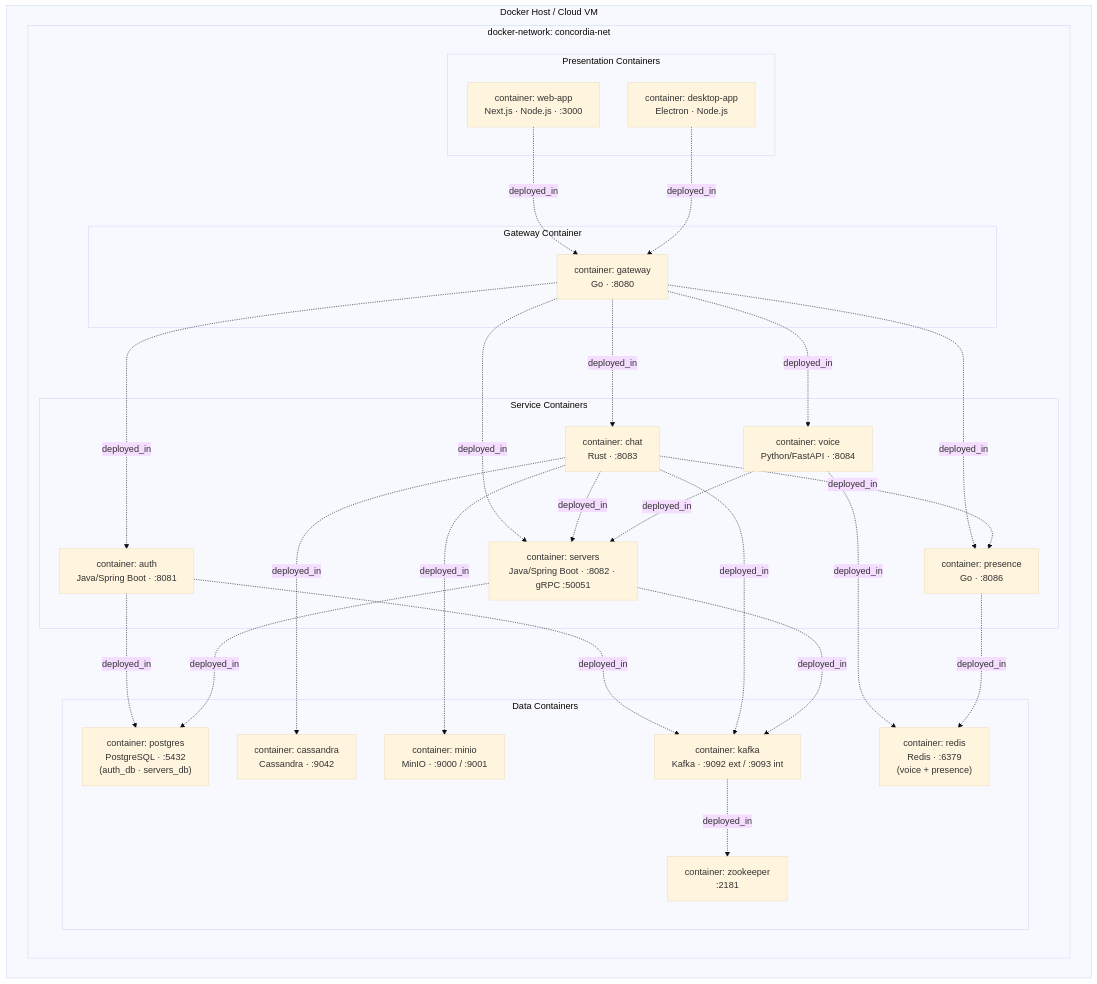
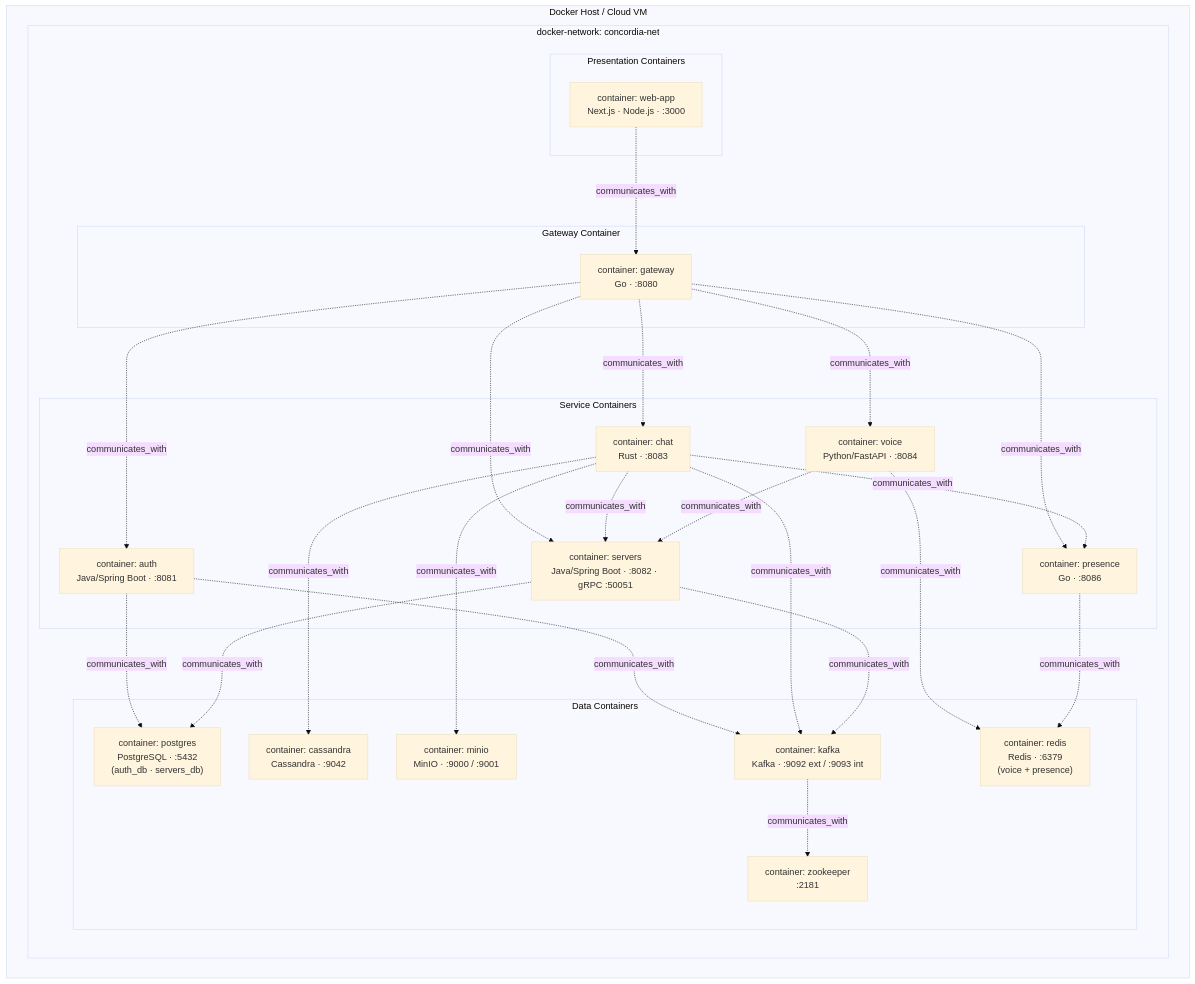
One commit to bashcas/concordia-chat-app changed the diagram in docs/diagrams/deployment.mermaid. Above: the diagram before and after it, drawn with Mermaid (base theme). The commit also changed 2 other files, not shown here.

```diff
--- a/docs/diagrams/deployment.mermaid
+++ b/docs/diagrams/deployment.mermaid
@@ -1,52 +1,50 @@
 graph TD
 subgraph HOST["Docker Host / Cloud VM"]
 subgraph DOCKER_NET["docker-network: concordia-net"]
 
             subgraph C_PRES["Presentation Containers"]
                 C_WEB["container: web-app\nNext.js · Node.js · :3000"]
-                C_DESKTOP["container: desktop-app\nElectron · Node.js"]
             end
 
             subgraph C_GW["Gateway Container"]
                 C_GW_BOX["container: gateway\nGo · :8080"]
             end
 
             subgraph C_SVCS["Service Containers"]
                 C_AUTH["container: auth\nJava/Spring Boot · :8081"]
                 C_CHAT["container: chat\nRust · :8083"]
                 C_SERVERS["container: servers\nJava/Spring Boot · :8082 · gRPC :50051"]
                 C_VOICE["container: voice\nPython/FastAPI · :8084"]
                 C_PRESENCE["container: presence\nGo · :8086"]
             end
 
             subgraph C_DATA["Data Containers"]
                 C_PG["container: postgres\nPostgreSQL · :5432\n(auth_db · servers_db)"]
                 C_CHATDB["container: cassandra\nCassandra · :9042"]
                 C_REDIS["container: redis\nRedis · :6379\n(voice + presence)"]
                 C_S3["container: minio\nMinIO · :9000 / :9001"]
                 C_KAFKA["container: kafka\nKafka · :9092 ext / :9093 int"]
                 C_ZK["container: zookeeper\n:2181"]
             end
         end
     end
 
-    C_WEB -. "deployed_in" .-> C_GW_BOX
-    C_DESKTOP -. "deployed_in" .-> C_GW_BOX
-    C_GW_BOX -. "deployed_in" .-> C_AUTH
-    C_GW_BOX -. "deployed_in" .-> C_CHAT
-    C_GW_BOX -. "deployed_in" .-> C_SERVERS
-    C_GW_BOX -. "deployed_in" .-> C_VOICE
-    C_GW_BOX -. "deployed_in" .-> C_PRESENCE
-    C_CHAT -. "deployed_in" .-> C_SERVERS
-    C_VOICE -. "deployed_in" .-> C_SERVERS
-    C_CHAT -. "deployed_in" .-> C_PRESENCE
-    C_AUTH -. "deployed_in" .-> C_PG
-    C_SERVERS -. "deployed_in" .-> C_PG
-    C_CHAT -. "deployed_in" .-> C_CHATDB
-    C_CHAT -. "deployed_in" .-> C_S3
-    C_AUTH -. "deployed_in" .-> C_KAFKA
-    C_CHAT -. "deployed_in" .-> C_KAFKA
-    C_SERVERS -. "deployed_in" .-> C_KAFKA
-    C_VOICE -. "deployed_in" .-> C_REDIS
-    C_PRESENCE -. "deployed_in" .-> C_REDIS
-    C_KAFKA -. "deployed_in" .-> C_ZK
+    C_WEB -. "communicates_with" .-> C_GW_BOX
+    C_GW_BOX -. "communicates_with" .-> C_AUTH
+    C_GW_BOX -. "communicates_with" .-> C_CHAT
+    C_GW_BOX -. "communicates_with" .-> C_SERVERS
+    C_GW_BOX -. "communicates_with" .-> C_VOICE
+    C_GW_BOX -. "communicates_with" .-> C_PRESENCE
+    C_CHAT -. "communicates_with" .-> C_SERVERS
+    C_VOICE -. "communicates_with" .-> C_SERVERS
+    C_CHAT -. "communicates_with" .-> C_PRESENCE
+    C_AUTH -. "communicates_with" .-> C_PG
+    C_SERVERS -. "communicates_with" .-> C_PG
+    C_CHAT -. "communicates_with" .-> C_CHATDB
+    C_CHAT -. "communicates_with" .-> C_S3
+    C_AUTH -. "communicates_with" .-> C_KAFKA
+    C_CHAT -. "communicates_with" .-> C_KAFKA
+    C_SERVERS -. "communicates_with" .-> C_KAFKA
+    C_VOICE -. "communicates_with" .-> C_REDIS
+    C_PRESENCE -. "communicates_with" .-> C_REDIS
+    C_KAFKA -. "communicates_with" .-> C_ZK
```
